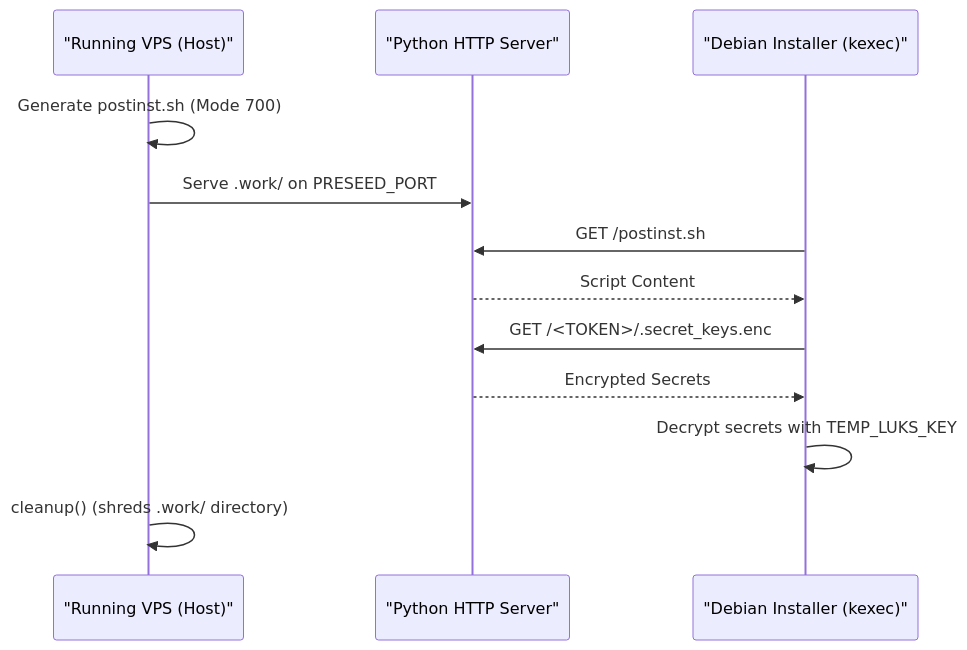
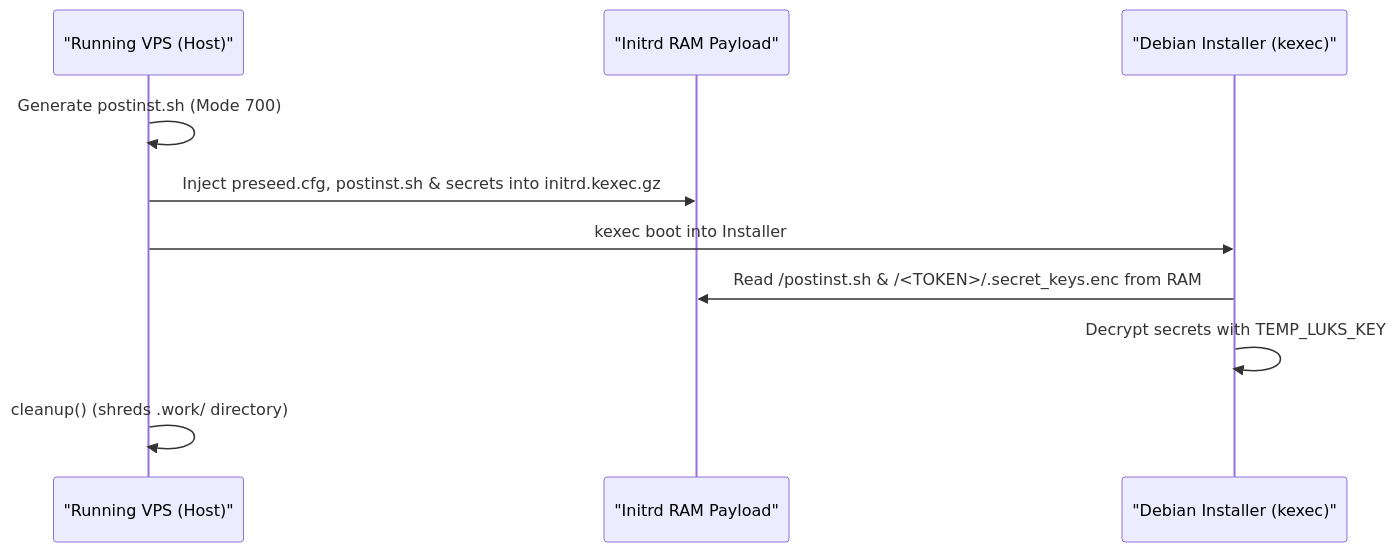
Before and after one commit to aadilxgit/vps-setup: the second of 2 diagrams in .cubic/wiki/03-section-core-features/04-page-postinst-gen.md, drawn with Mermaid. The commit also changed other lines of this file and 11 other files, not shown here.

First line of the commit message:
fix(installer): eliminate obsolete HTTP server, enforce HTTPS preseed protocol, and update wiki/docs

````diff
--- a/.cubic/wiki/03-section-core-features/04-page-postinst-gen.md
+++ b/.cubic/wiki/03-section-core-features/04-page-postinst-gen.md
@@ -80,15 +80,13 @@
 ```mermaid
 sequenceDiagram
     participant Host as "Running VPS (Host)"
-    participant HTTP as "Python HTTP Server"
+    participant Initrd as "Initrd RAM Payload"
     participant Installer as "Debian Installer (kexec)"
     
     Host->>Host: Generate postinst.sh (Mode 700)
-    Host->>HTTP: Serve .work/ on PRESEED_PORT
-    Installer->>HTTP: GET /postinst.sh
-    HTTP-->>Installer: Script Content
-    Installer->>HTTP: GET /<TOKEN>/.secret_keys.enc
-    HTTP-->>Installer: Encrypted Secrets
+    Host->>Initrd: Inject preseed.cfg, postinst.sh & secrets into initrd.kexec.gz
+    Host->>Installer: kexec boot into Installer
+    Installer->>Initrd: Read /postinst.sh & /<TOKEN>/.secret_keys.enc from RAM
     Installer->>Installer: Decrypt secrets with TEMP_LUKS_KEY
     Host->>Host: cleanup() (shreds .work/ directory)
 ```
````
